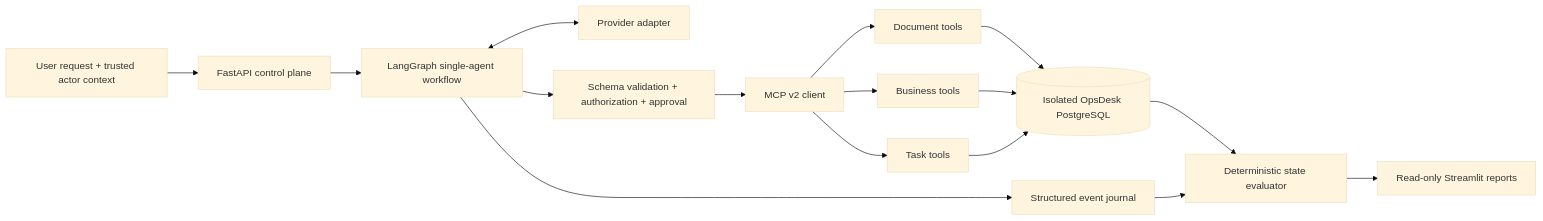
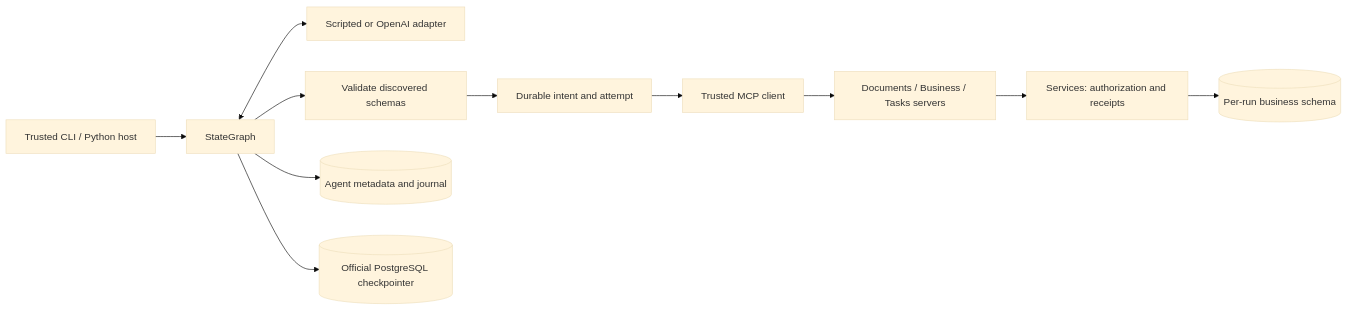
The diagram in docs/architecture.md (stupidtallguy/agent-reliability-lab), drawn with Mermaid (base theme) before and after one commit. The commit also changed other lines of this file and 39 other files, not shown here.

Commit message:
Implement Checkpoint 3 durable LangGraph agent and execution journal

````diff
--- a/docs/architecture.md
+++ b/docs/architecture.md
@@ -12,18 +9,13 @@
 ```mermaid
 flowchart LR
-  U[User request + trusted actor context] --> A[FastAPI control plane]
-  A --> G[LangGraph single-agent workflow]
-  G <--> M[Provider adapter]
-  G --> P[Schema validation + authorization + approval]
-  P --> C[MCP v2 client]
-  C --> D[Document tools]
-  C --> B[Business tools]
-  C --> T[Task tools]
-  D --> S[(Isolated OpsDesk PostgreSQL)]
-  B --> S
-  T --> S
-  G --> E[Structured event journal]
-  S --> V[Deterministic state evaluator]
-  E --> V
-  V --> R[Read-only Streamlit reports]
+  H[Trusted CLI / Python host] --> G[StateGraph]
+  G <--> M[Scripted or OpenAI adapter]
+  G --> V[Validate discovered schemas]
+  V --> I[Durable intent and attempt]
+  I --> C[Trusted MCP client]
+  C --> D[Documents / Business / Tasks servers]
+  D --> S[Services: authorization and receipts]
+  S --> B[(Per-run business schema)]
+  G --> P[(Agent metadata and journal)]
+  G --> K[(Official PostgreSQL checkpointer)]
 ```
````
